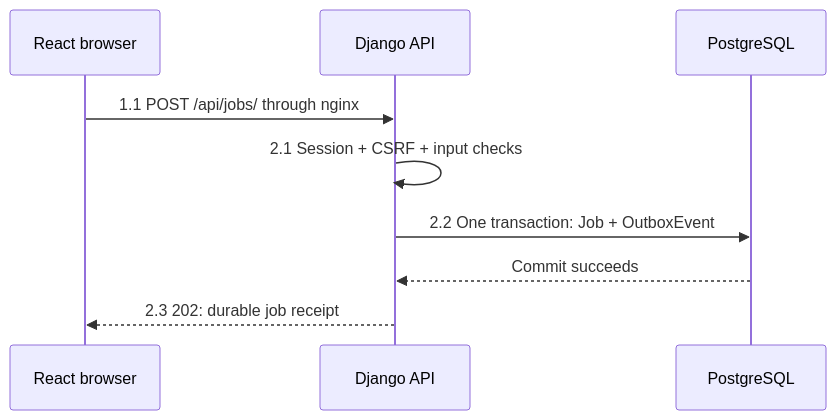
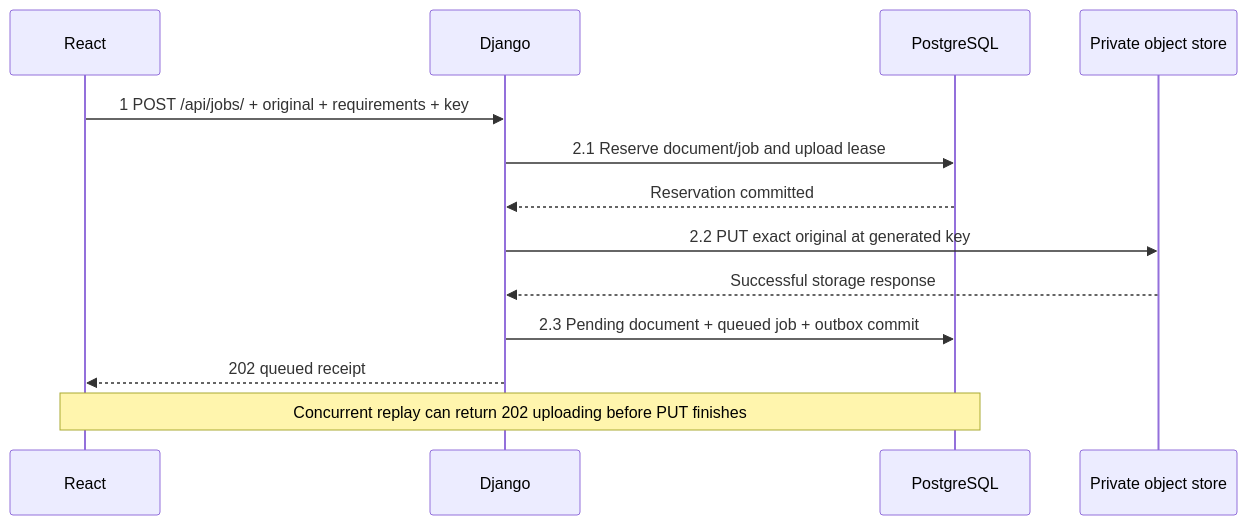
One commit to junrillg/resume-match-bedrock changed the first of 3 diagrams in docs/architecture.md. Above: the diagram before and after it, drawn with Mermaid. The commit also changed other lines of this file and 24 other files, not shown here.

Commit message:
docs: explain durable originals across local and AWS flows

````diff
--- a/docs/architecture.md
+++ b/docs/architecture.md
@@ -36,11 +13,15 @@
 ```mermaid
 sequenceDiagram
-  participant UI as React browser
-  participant API as Django API
+  participant UI as React
+  participant API as Django
   participant DB as PostgreSQL
-  UI->>API: 1.1 POST /api/jobs/ through nginx
-  API->>API: 2.1 Session + CSRF + input checks
-  API->>DB: 2.2 One transaction: Job + OutboxEvent
-  DB-->>API: Commit succeeds
-  API-->>UI: 2.3 202: durable job receipt
+  participant O as Private object store
+  UI->>API: 1 POST /api/jobs/ + original + requirements + key
+  API->>DB: 2.1 Reserve document/job and upload lease
+  DB-->>API: Reservation committed
+  API->>O: 2.2 PUT exact original at generated key
+  O-->>API: Successful storage response
+  API->>DB: 2.3 Pending document + queued job + outbox commit
+  API-->>UI: 202 queued receipt
+  Note over UI,DB: Concurrent replay can return 202 uploading before PUT finishes
 ```
````
